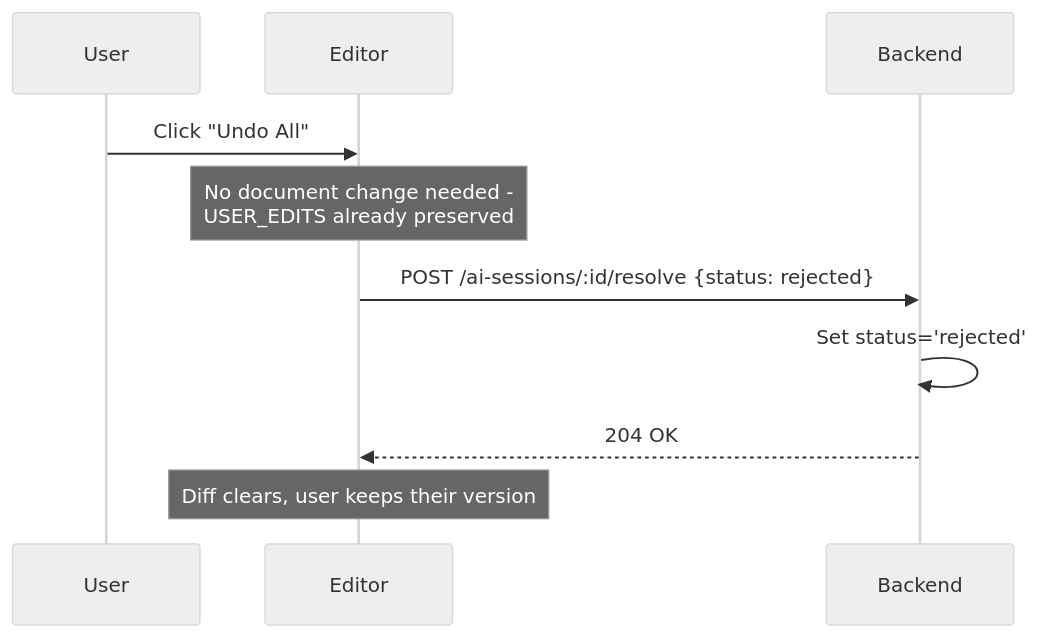
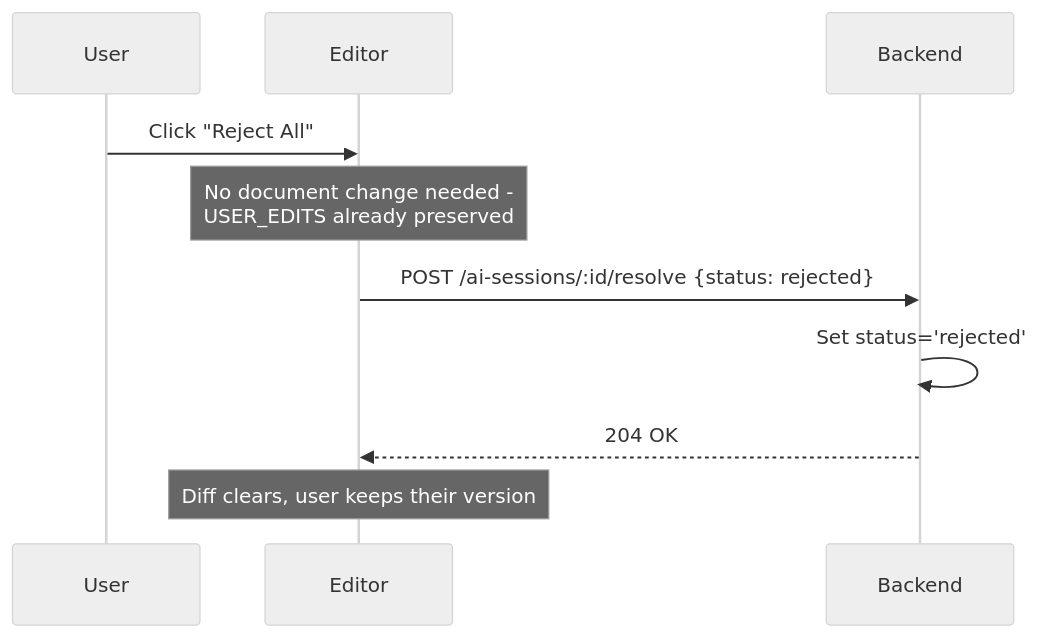
The third of 6 diagrams in _docs/plans/ai-editing/editing-flow.md (haowjy/meridian), drawn with Mermaid (neutral theme) before and after one commit. The commit also changed other lines of this file and 17 other files, not shown here.

Commit message:
rename undo/redo -> accept/reject

````diff
--- a/_docs/plans/ai-editing/editing-flow.md
+++ b/_docs/plans/ai-editing/editing-flow.md
@@ -92,16 +92,16 @@
 ```mermaid
 sequenceDiagram
     participant User
     participant Editor
     participant Backend
 
-    User->>Editor: Click "Undo All"
+    User->>Editor: Click "Reject All"
 
     Note over Editor: No document change needed -<br/>USER_EDITS already preserved
 
     Editor->>Backend: POST /ai-sessions/:id/resolve {status: rejected}
     Backend->>Backend: Set status='rejected'
     Backend-->>Editor: 204 OK
 
     Note over Editor: Diff clears, user keeps their version
 ```
````
